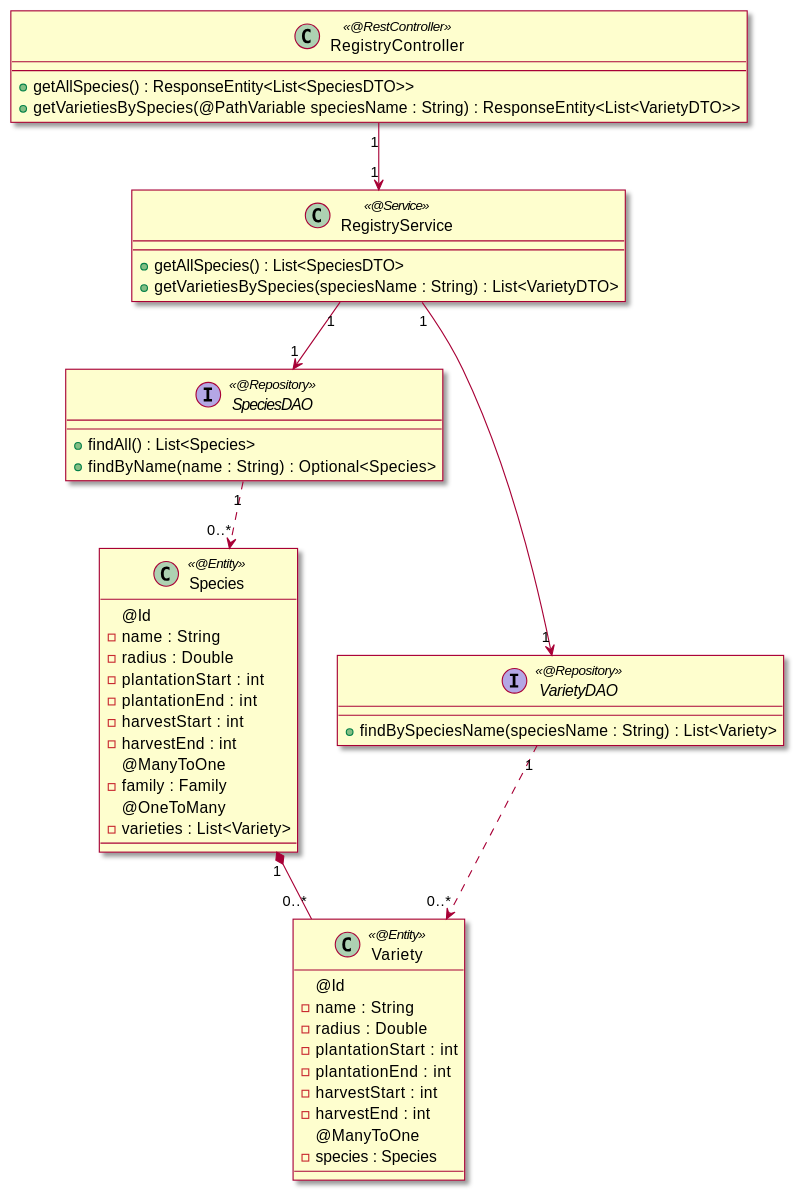
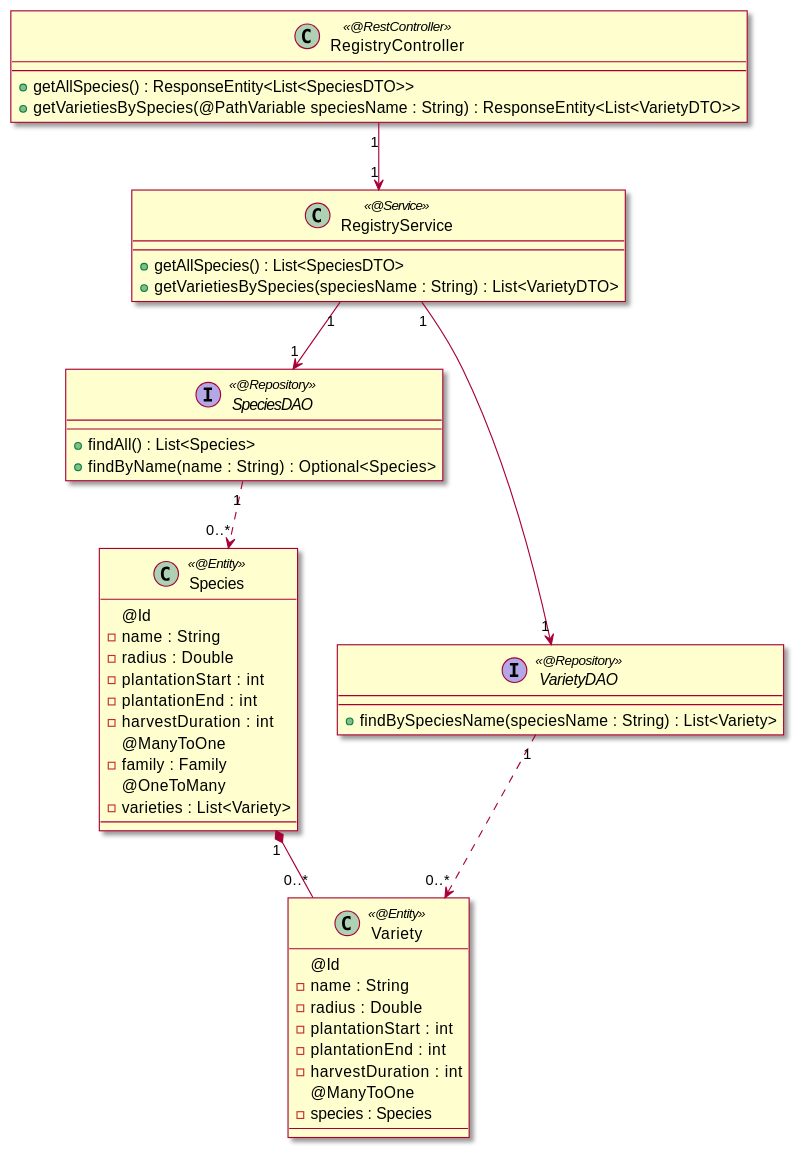
The tenth of 50 diagrams in specs/03_Conception_V1.0.md (olivaux/planpotager), drawn with PlantUML before and after one commit. The commit also changed other lines of this file and 19 other files, not shown here.

```diff
--- a/specs/03_Conception_V1.0.md
+++ b/specs/03_Conception_V1.0.md
@@ -910,58 +931,56 @@
 ~~~plantuml
 @startuml
 skin rose
 
 class RegistryController <<@RestController>> {
   + getAllSpecies() : ResponseEntity<List<SpeciesDTO>>
   + getVarietiesBySpecies(@PathVariable speciesName : String) : ResponseEntity<List<VarietyDTO>>
 }
 
 class RegistryService <<@Service>> {
   + getAllSpecies() : List<SpeciesDTO>
   + getVarietiesBySpecies(speciesName : String) : List<VarietyDTO>
 }
 
 class Species <<@Entity>> {
   @Id
   - name : String
   - radius : Double
   - plantationStart : int
   - plantationEnd : int
-  - harvestStart : int
-  - harvestEnd : int
+  - harvestDuration : int
   @ManyToOne
   - family : Family
   @OneToMany
   - varieties : List<Variety>
 }
 
 class Variety <<@Entity>> {
   @Id
   - name : String
   - radius : Double
   - plantationStart : int
   - plantationEnd : int
-  - harvestStart : int
-  - harvestEnd : int
+  - harvestDuration : int
   @ManyToOne
   - species : Species
 }
 
 interface SpeciesDAO <<@Repository>> {
   + findAll() : List<Species>
   + findByName(name : String) : Optional<Species>
 }
 
 interface VarietyDAO <<@Repository>> {
   + findBySpeciesName(speciesName : String) : List<Variety>
 }
 
 RegistryController "1" --> "1" RegistryService
 RegistryService "1" --> "1" SpeciesDAO
 RegistryService "1" --> "1" VarietyDAO
 SpeciesDAO "1" ..> "0..*" Species
 VarietyDAO "1" ..> "0..*" Variety
 Species "1" *-- "0..*" Variety
 
 @enduml
 ~~~
```
